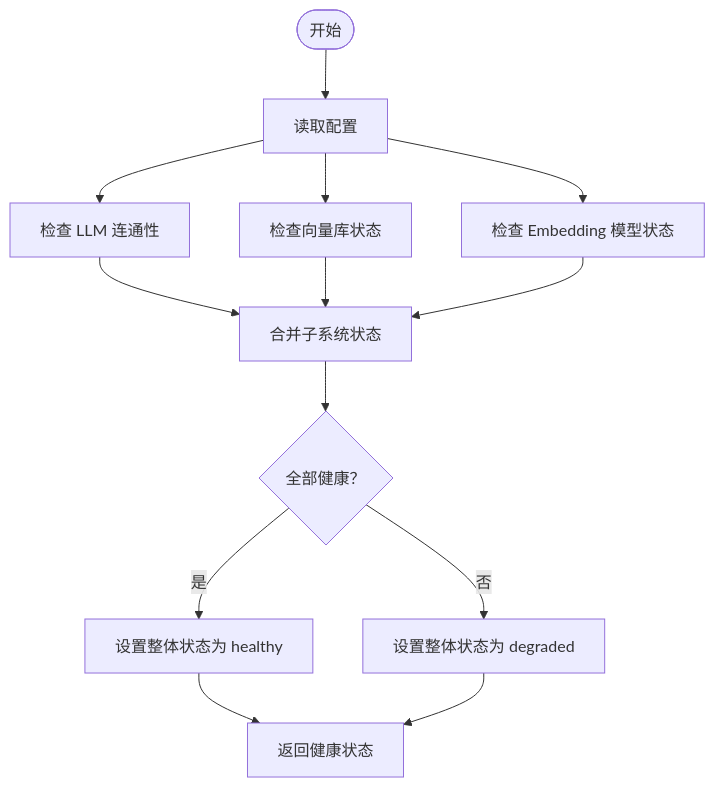
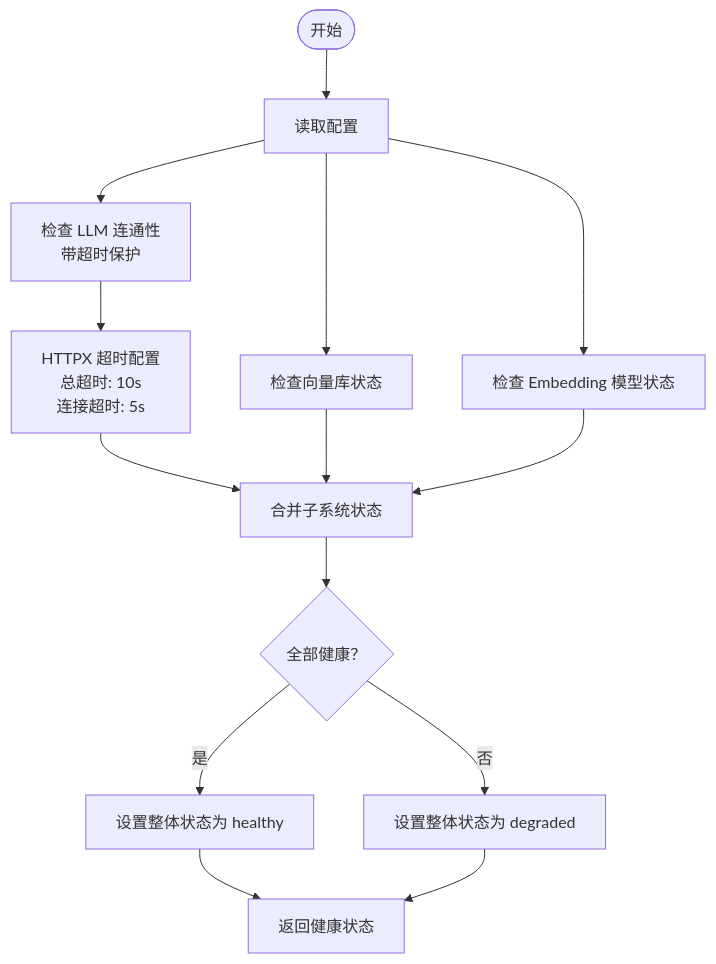
Before and after one commit to joyafa/knowledge: the third of 8 diagrams in .qoder/repowiki/zh/content/RAG核心引擎/健康检查系统.md, drawn with Mermaid. The commit also changed other lines of this file and 20 other files, not shown here.

````diff
--- a/.qoder/repowiki/zh/content/RAG核心引擎/健康检查系统.md
+++ b/.qoder/repowiki/zh/content/RAG核心引擎/健康检查系统.md
@@ -151,15 +161,16 @@
 ```mermaid
 flowchart TD
 Start(["开始"]) --> ReadCfg["读取配置"]
-ReadCfg --> CheckLLM["检查 LLM 连通性"]
+ReadCfg --> CheckLLM["检查 LLM 连通性<br/>带超时保护"]
+CheckLLM --> Timeout["HTTPX 超时配置<br/>总超时: 10s<br/>连接超时: 5s"]
 ReadCfg --> CheckVS["检查向量库状态"]
 ReadCfg --> CheckEmb["检查 Embedding 模型状态"]
-CheckLLM --> Merge["合并子系统状态"]
+Timeout --> Merge["合并子系统状态"]
 CheckVS --> Merge
 CheckEmb --> Merge
 Merge --> Healthy{"全部健康？"}
 Healthy --> |是| SetHealthy["设置整体状态为 healthy"]
 Healthy --> |否| SetDegraded["设置整体状态为 degraded"]
 SetHealthy --> Return["返回健康状态"]
 SetDegraded --> Return
 ```
````
